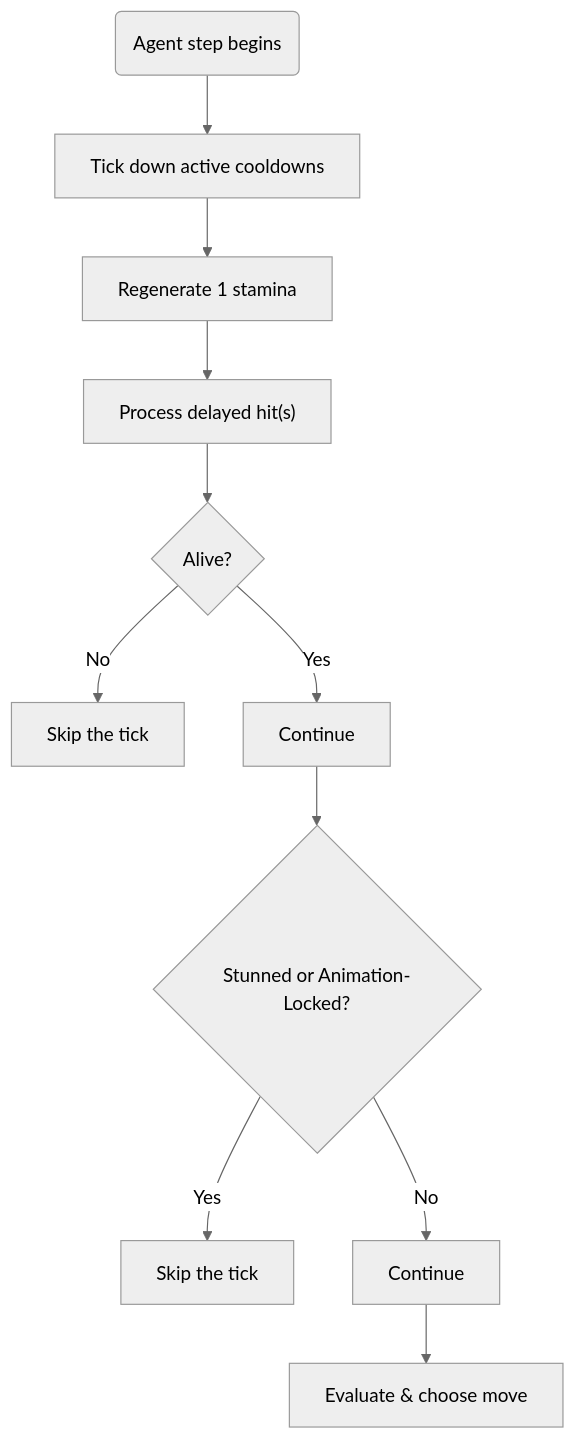
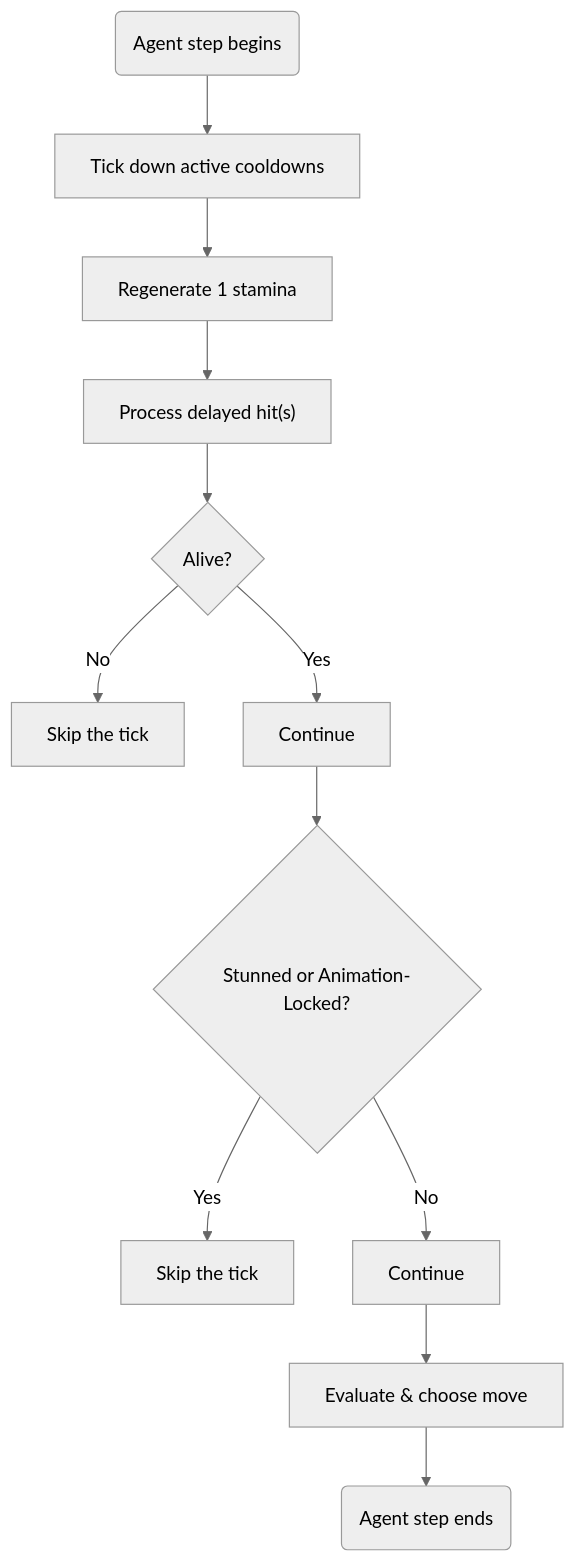
One commit to altair5607249/Crusaders-Game changed the diagram in abm/README.md. Above: the diagram before and after it, drawn with Mermaid (neutral theme). The commit also changed other lines of this file, not shown here.

````diff
--- a/abm/README.md
+++ b/abm/README.md
@@ -17,17 +23,17 @@
 ```mermaid
 
 flowchart TB;
 
 A("Agent step begins")-->B["Tick down active cooldowns"]-->C["Regenerate 1 stamina"]-->D["Process delayed hit(s)"]
 
 D-->E{Alive?}
 E-->|No| F["Skip the tick"]
 E-->|Yes| G["Continue"]
 
 G-->H{Stunned or Animation-Locked?}
 H-->|Yes| I["Skip the tick"]
 H-->|No| J["Continue"]
 
-J-->K["Evaluate & choose move"]
+J-->K["Evaluate & choose move"]-->L("Agent step ends")
 
 ```
````
